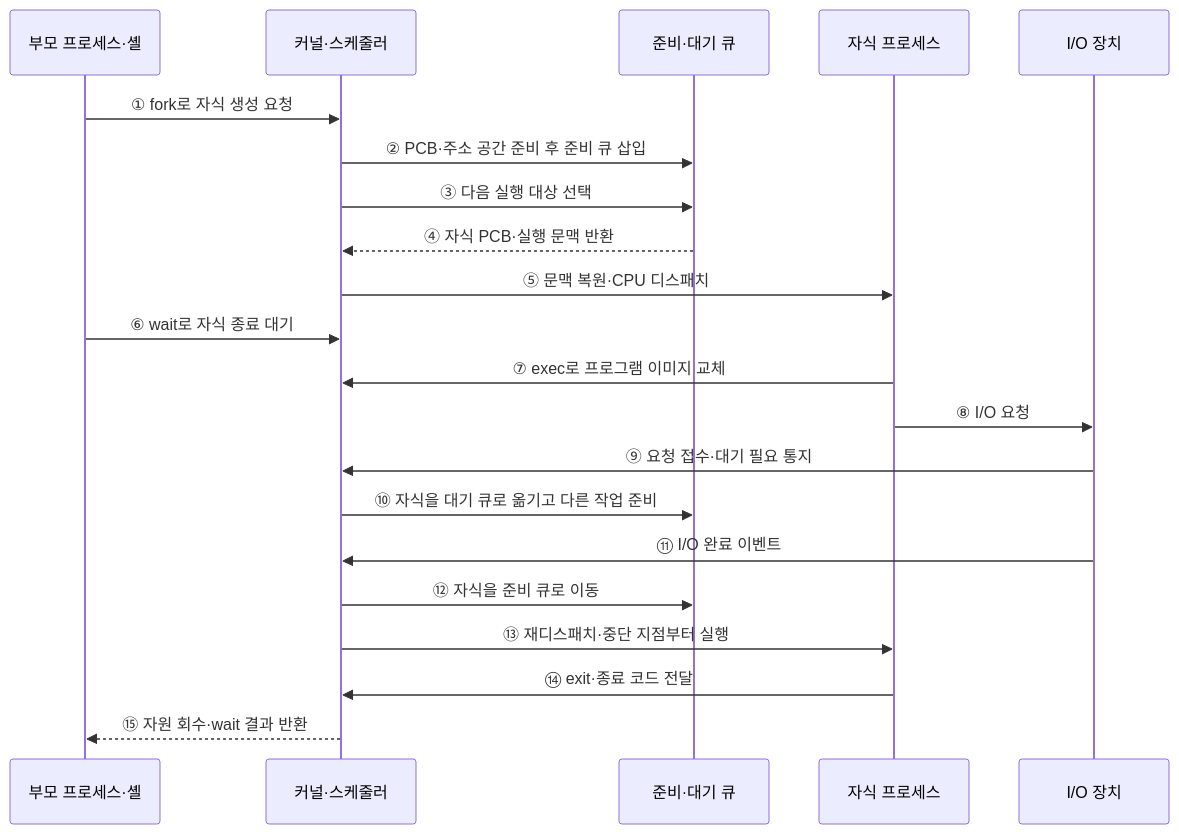
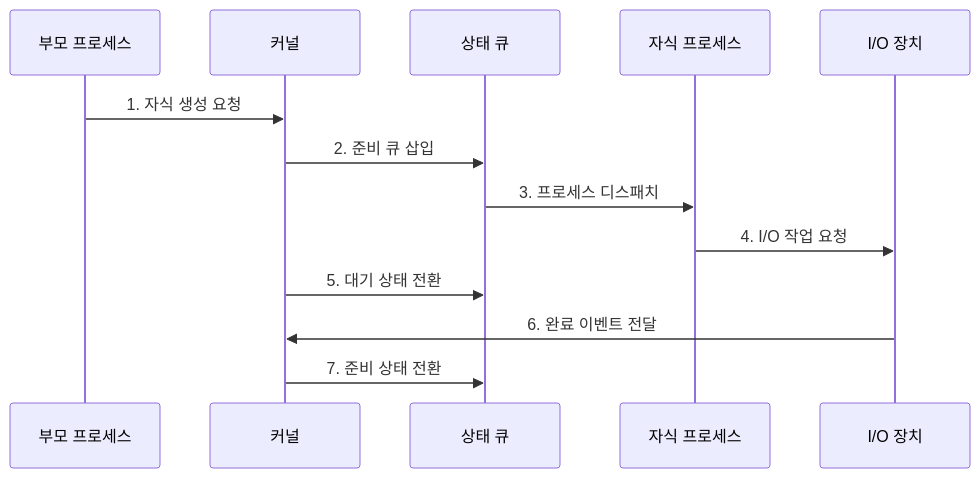
Before and after one commit to agnusdei1207/knowledge-base: the second of 2 diagrams in src/content/docs/notes/03-software/003_process_lifecycle.md, drawn with Mermaid. The commit also changed other lines of this file and 20 other files, not shown here.

````diff
--- a/src/content/docs/notes/03-software/003_process_lifecycle.md
+++ b/src/content/docs/notes/03-software/003_process_lifecycle.md
@@ -86,24 +90,15 @@
 ```mermaid
 sequenceDiagram
-    participant H as 부모 프로세스·셸
-    participant K as 커널·스케줄러
-    participant Q as 준비·대기 큐
+    participant H as 부모 프로세스
+    participant K as 커널
+    participant Q as 상태 큐
     participant C as 자식 프로세스
     participant D as I/O 장치
-
-    H->>K: ① fork로 자식 생성 요청
-    K->>Q: ② PCB·주소 공간 준비 후 준비 큐 삽입
-    K->>Q: ③ 다음 실행 대상 선택
-    Q-->>K: ④ 자식 PCB·실행 문맥 반환
-    K->>C: ⑤ 문맥 복원·CPU 디스패치
-    H->>K: ⑥ wait로 자식 종료 대기
-    C->>K: ⑦ exec로 프로그램 이미지 교체
-    C->>D: ⑧ I/O 요청
-    D->>K: ⑨ 요청 접수·대기 필요 통지
-    K->>Q: ⑩ 자식을 대기 큐로 옮기고 다른 작업 준비
-    D->>K: ⑪ I/O 완료 이벤트
-    K->>Q: ⑫ 자식을 준비 큐로 이동
-    K->>C: ⑬ 재디스패치·중단 지점부터 실행
-    C->>K: ⑭ exit·종료 코드 전달
-    K-->>H: ⑮ 자원 회수·wait 결과 반환
+    H->>K: 1. 자식 생성 요청
+    K->>Q: 2. 준비 큐 삽입
+    Q->>C: 3. 프로세스 디스패치
+    C->>D: 4. I/O 작업 요청
+    K->>Q: 5. 대기 상태 전환
+    D->>K: 6. 완료 이벤트 전달
+    K->>Q: 7. 준비 상태 전환
 ```
````
